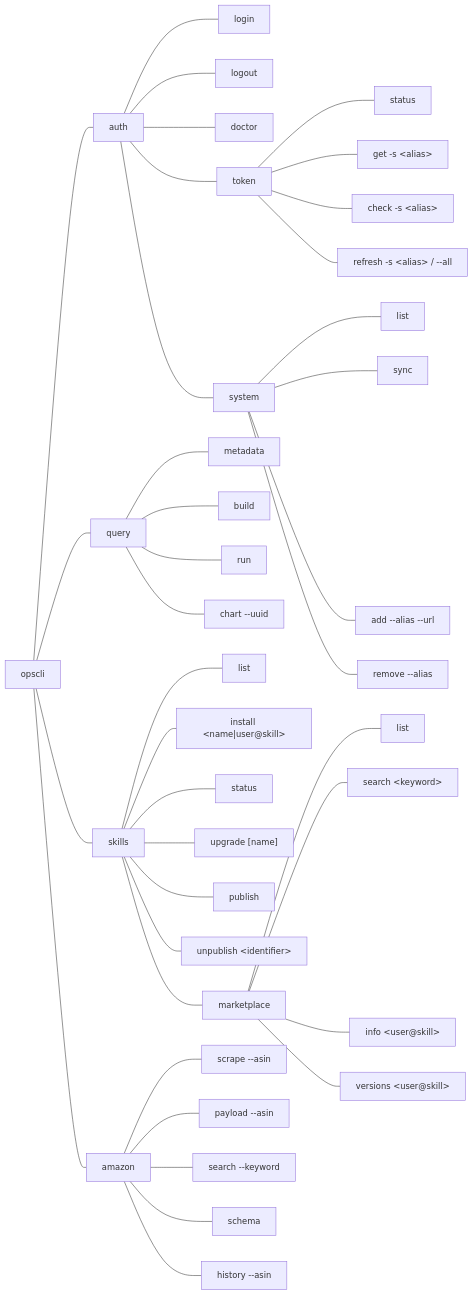
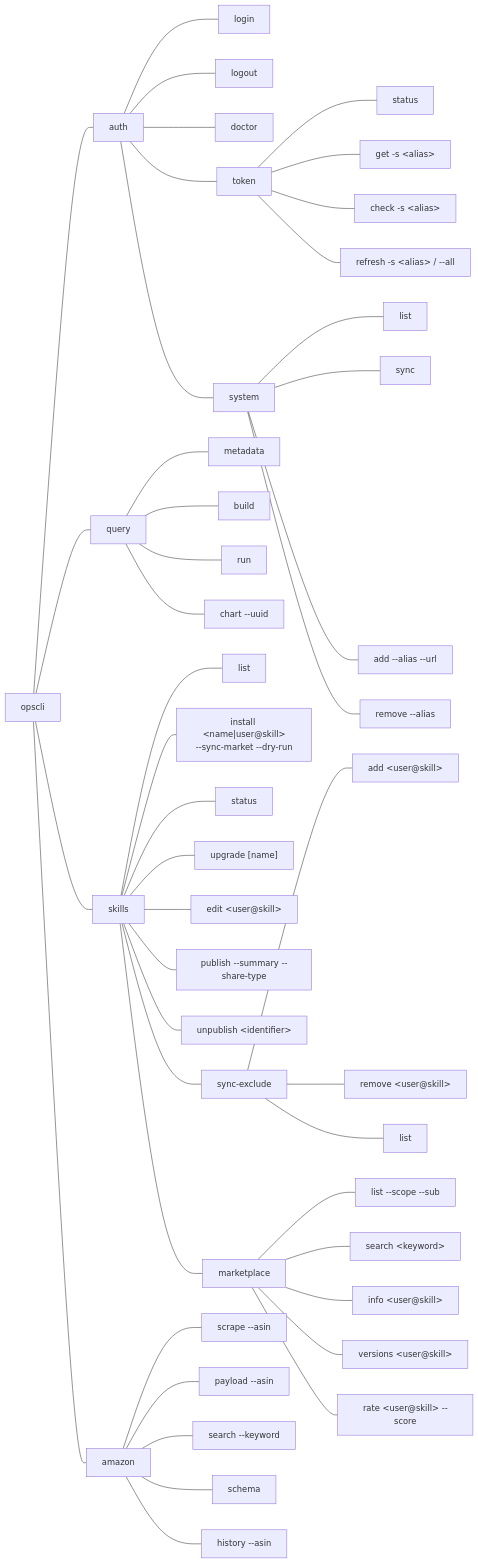
Before and after one commit to pengjianchao250/open-opscli: the fifth of 7 diagrams in README.md, drawn with Mermaid. The commit also changed other lines of this file and 1 other file, not shown here.

````diff
--- a/README.md
+++ b/README.md
@@ -273,47 +275,53 @@
 ```mermaid
 graph LR
     Root["opscli"]
     Root --- Auth["auth"]
     Root --- Query["query"]
     Root --- Skills["skills"]
     Root --- Amazon["amazon"]
 
     Auth --- login
     Auth --- logout
     Auth --- doctor
     Auth --- Token["token"]
     Auth --- System["system"]
 
     Token --- token_status["status"]
     Token --- token_get["get -s &lt;alias&gt;"]
     Token --- token_check["check -s &lt;alias&gt;"]
     Token --- token_refresh["refresh -s &lt;alias&gt; / --all"]
 
     System --- sys_list["list"]
     System --- sys_sync["sync"]
     System --- sys_add["add --alias --url"]
     System --- sys_remove["remove --alias"]
 
     Query --- query_metadata["metadata"]
     Query --- query_build["build"]
     Query --- query_run["run"]
     Query --- query_chart["chart --uuid"]
 
     Skills --- skills_list["list"]
-    Skills --- skills_install["install &lt;name|user@skill&gt;"]
+    Skills --- skills_install["install &lt;name|user@skill&gt;<br/>--sync-market --dry-run"]
     Skills --- skills_status["status"]
     Skills --- skills_upgrade["upgrade [name]"]
-    Skills --- skills_publish["publish"]
+    Skills --- skills_edit["edit &lt;user@skill&gt;"]
+    Skills --- skills_publish["publish --summary --share-type"]
     Skills --- skills_unpublish["unpublish &lt;identifier&gt;"]
+    Skills --- SyncExclude["sync-exclude"]
+    SyncExclude --- se_add["add &lt;user@skill&gt;"]
+    SyncExclude --- se_remove["remove &lt;user@skill&gt;"]
+    SyncExclude --- se_list["list"]
     Skills --- Marketplace["marketplace"]
-    Marketplace --- mp_list["list"]
+    Marketplace --- mp_list["list --scope --sub"]
     Marketplace --- mp_search["search &lt;keyword&gt;"]
     Marketplace --- mp_info["info &lt;user@skill&gt;"]
     Marketplace --- mp_versions["versions &lt;user@skill&gt;"]
+    Marketplace --- mp_rate["rate &lt;user@skill&gt; --score"]
 
     Amazon --- amazon_scrape["scrape --asin"]
     Amazon --- amazon_payload["payload --asin"]
     Amazon --- amazon_search["search --keyword"]
     Amazon --- amazon_schema["schema"]
     Amazon --- amazon_history["history --asin"]
 ```
````
